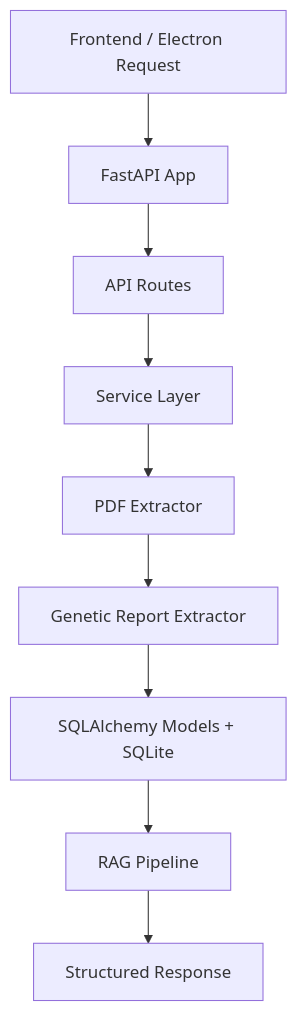
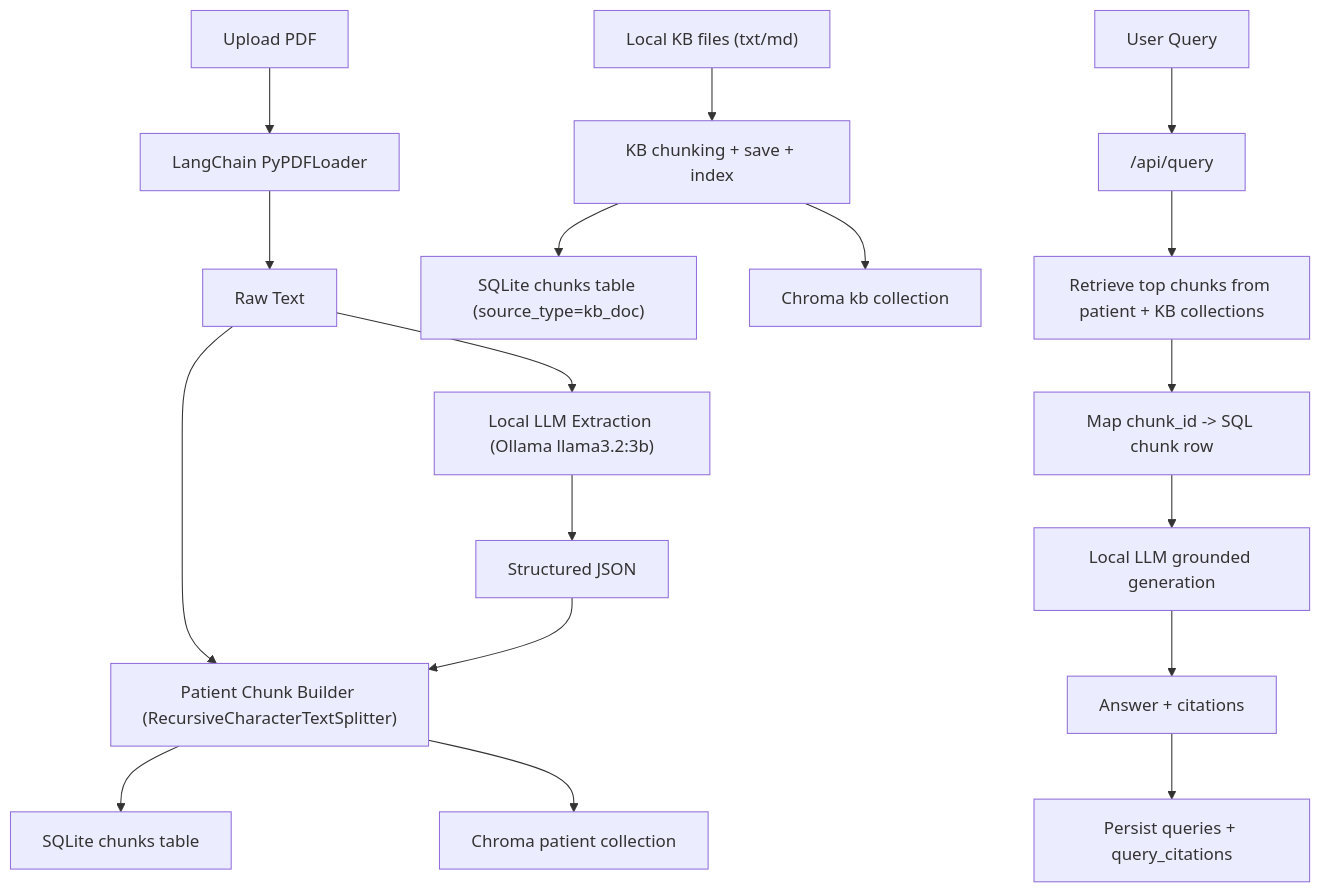
Before and after one commit to Shivanshu-sg/NeuroMate: the diagram in README.md, drawn with Mermaid. The commit also changed other lines of this file, not shown here.

Commit message:
Update README with implemented RAG architecture and APIs

````diff
--- a/README.md
+++ b/README.md
@@ -117,11 +19,20 @@
 ```mermaid
 flowchart TD
-    A["Frontend / Electron Request"] --> B["FastAPI App"]
-    B --> C["API Routes"]
-    C --> D["Service Layer"]
-    D --> E["PDF Extractor"]
-    E --> F["Genetic Report Extractor"]
-    F --> G["SQLAlchemy Models + SQLite"]
-    G --> H["RAG Pipeline"]
-    H --> I["Structured Response"]
+    A["Upload PDF"] --> B["LangChain PyPDFLoader"]
+    B --> C["Raw Text"]
+    C --> D["Local LLM Extraction (Ollama llama3.2:3b)"]
+    D --> E["Structured JSON"]
+    C --> F["Patient Chunk Builder (RecursiveCharacterTextSplitter)"]
+    E --> F
+    F --> G["SQLite chunks table"]
+    F --> H["Chroma patient collection"]
+    I["Local KB files (txt/md)"] --> J["KB chunking + save + index"]
+    J --> K["SQLite chunks table (source_type=kb_doc)"]
+    J --> L["Chroma kb collection"]
+    M["User Query"] --> N["/api/query"]
+    N --> O["Retrieve top chunks from patient + KB collections"]
+    O --> P["Map chunk_id -> SQL chunk row"]
+    P --> Q["Local LLM grounded generation"]
+    Q --> R["Answer + citations"]
+    R --> S["Persist queries + query_citations"]
 ```
````
